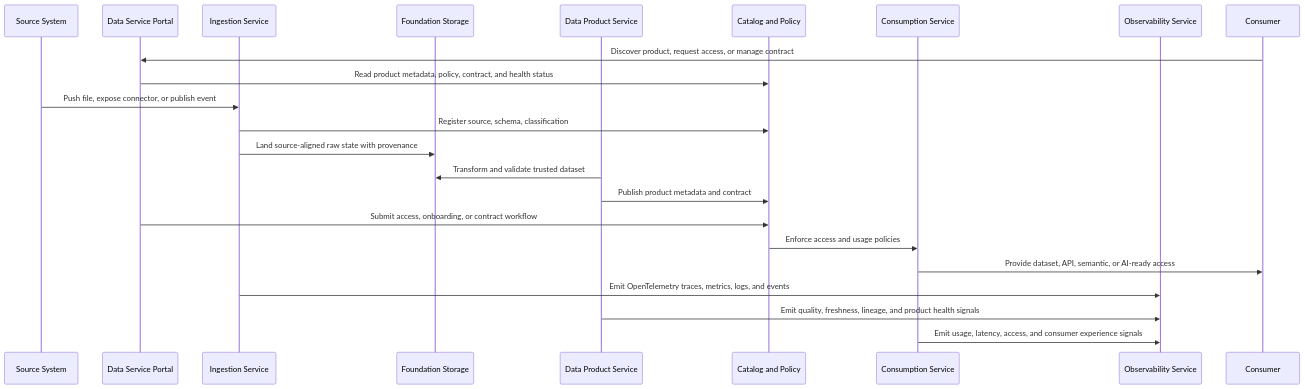
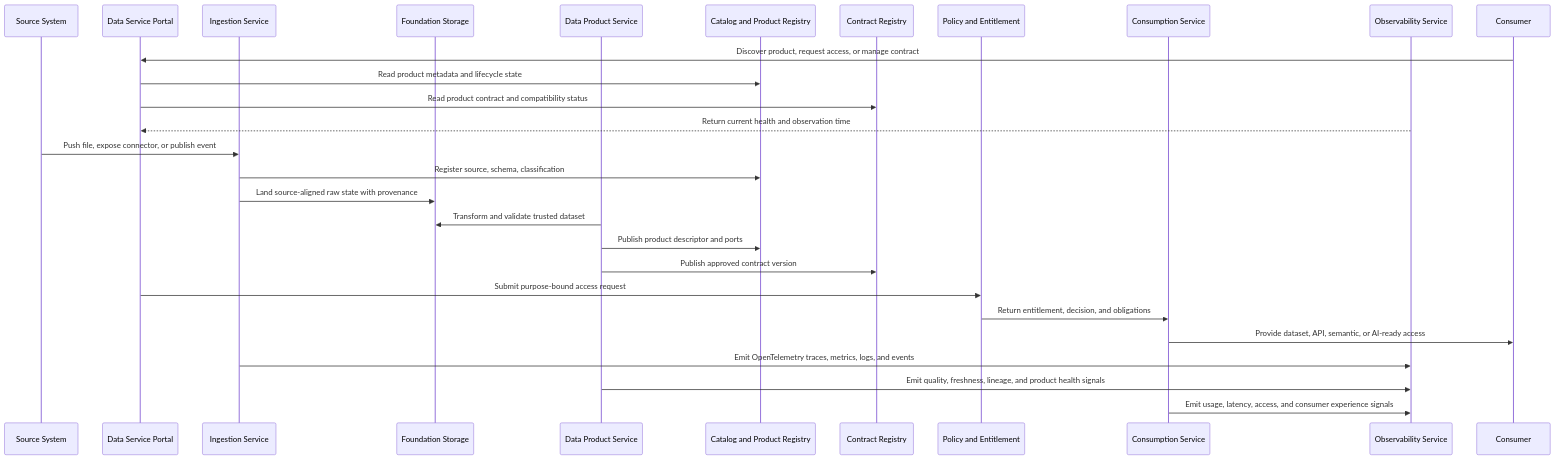
One commit to cong78/data-foundation-architecture changed the diagram in docs/architecture/reference-architecture.md. Above: the diagram before and after it, drawn with Mermaid. The commit also changed other lines of this file and 19 other files, not shown here.

````diff
--- a/docs/architecture/reference-architecture.md
+++ b/docs/architecture/reference-architecture.md
@@ -78,26 +80,31 @@
 ```mermaid
 sequenceDiagram
     participant Source as Source System
     participant Portal as Data Service Portal
     participant Ingest as Ingestion Service
     participant Store as Foundation Storage
     participant Product as Data Product Service
-    participant Catalog as Catalog and Policy
+    participant Catalog as Catalog and Product Registry
+    participant Contract as Contract Registry
+    participant Policy as Policy and Entitlement
     participant Consume as Consumption Service
     participant Observe as Observability Service
     participant User as Consumer
 
     User->>Portal: Discover product, request access, or manage contract
-    Portal->>Catalog: Read product metadata, policy, contract, and health status
+    Portal->>Catalog: Read product metadata and lifecycle state
+    Portal->>Contract: Read product contract and compatibility status
+    Observe-->>Portal: Return current health and observation time
     Source->>Ingest: Push file, expose connector, or publish event
     Ingest->>Catalog: Register source, schema, classification
     Ingest->>Store: Land source-aligned raw state with provenance
     Product->>Store: Transform and validate trusted dataset
-    Product->>Catalog: Publish product metadata and contract
-    Portal->>Catalog: Submit access, onboarding, or contract workflow
-    Catalog->>Consume: Enforce access and usage policies
+    Product->>Catalog: Publish product descriptor and ports
+    Product->>Contract: Publish approved contract version
+    Portal->>Policy: Submit purpose-bound access request
+    Policy->>Consume: Return entitlement, decision, and obligations
     Consume->>User: Provide dataset, API, semantic, or AI-ready access
     Ingest->>Observe: Emit OpenTelemetry traces, metrics, logs, and events
     Product->>Observe: Emit quality, freshness, lineage, and product health signals
     Consume->>Observe: Emit usage, latency, access, and consumer experience signals
 ```
````
